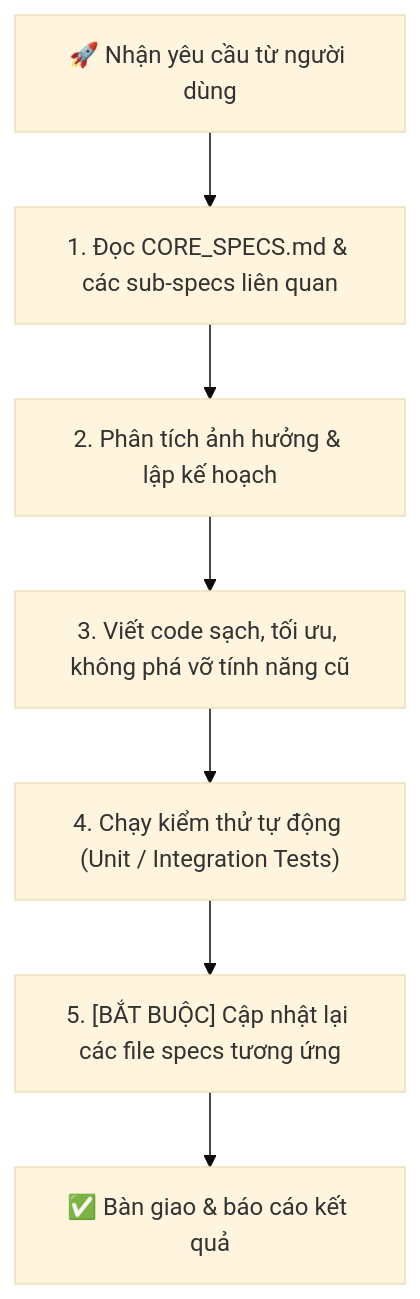
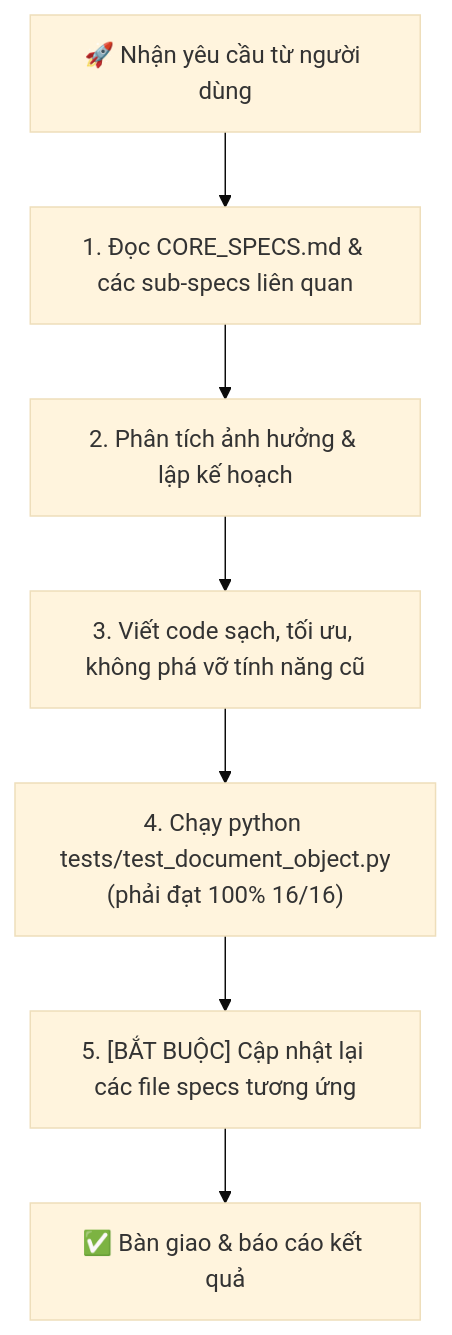
Before and after one commit to johnnyhoang/smart-doc-scanner: the diagram in docs/specs/06_DEVELOPER_AND_AI_SYNC_GUIDELINES.md, drawn with Mermaid (base theme). The commit also changed other lines of this file and 22 other files, not shown here.

Commit message:
feat: complete document object refactor, enhanced UI/UX, 1-click actions, and specs 1:1 sync

````diff
--- a/docs/specs/06_DEVELOPER_AND_AI_SYNC_GUIDELINES.md
+++ b/docs/specs/06_DEVELOPER_AND_AI_SYNC_GUIDELINES.md
@@ -10,9 +10,9 @@
 ```mermaid
 graph TD
     Start["🚀 Nhận yêu cầu từ người dùng"] --> ReadSpecs["1. Đọc CORE_SPECS.md & các sub-specs liên quan"]
     ReadSpecs --> Plan["2. Phân tích ảnh hưởng & lập kế hoạch"]
     Plan --> Code["3. Viết code sạch, tối ưu, không phá vỡ tính năng cũ"]
-    Code --> Test["4. Chạy kiểm thử tự động (Unit / Integration Tests)"]
+    Code --> Test["4. Chạy python tests/test_document_object.py<br>(phải đạt 100% 16/16)"]
     Test --> SyncSpecs["5. [BẮT BUỘC] Cập nhật lại các file specs tương ứng"]
     SyncSpecs --> Done["✅ Bàn giao & báo cáo kết quả"]
 ```
````
